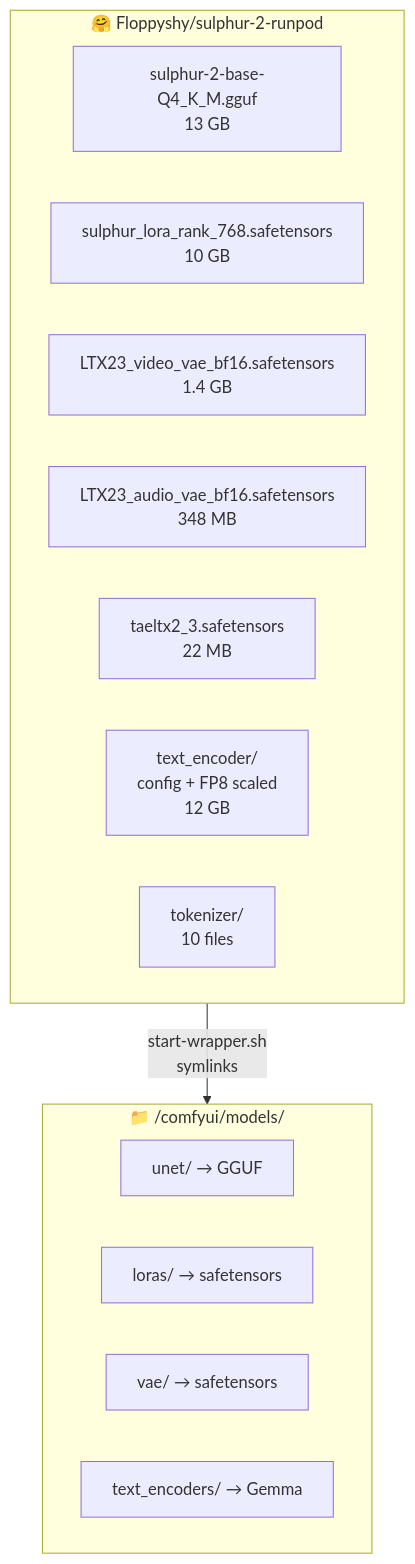
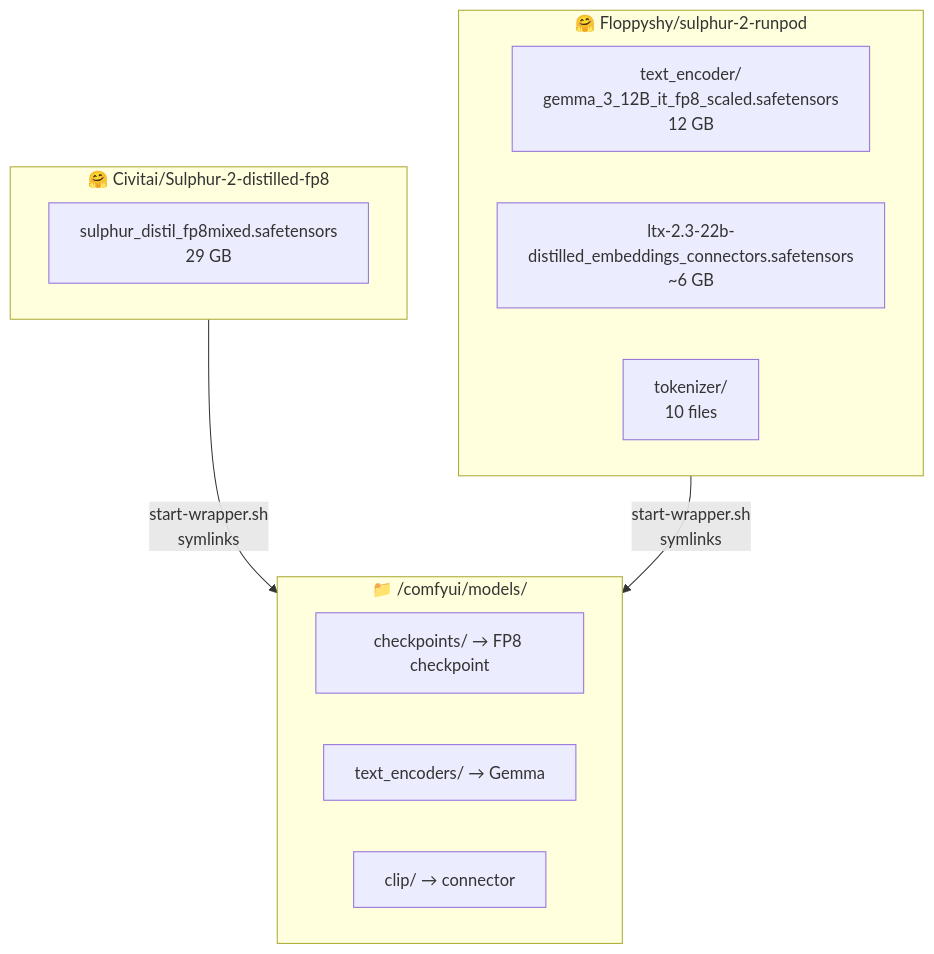
One commit to floppyshy-byte/sulphur-runpod-build changed the fifth of 5 diagrams in WORKFLOW.md. Above: the diagram before and after it, drawn with Mermaid. The commit also changed other lines of this file and 2 other files, not shown here.

````diff
--- a/WORKFLOW.md
+++ b/WORKFLOW.md
@@ -126,23 +127,22 @@
 ```mermaid
 flowchart TB
-    subgraph HFRepo["🤗 Floppyshy/sulphur-2-runpod"]
-        direction LR
-        U[sulphur-2-base-Q4_K_M.gguf<br/>13 GB]
-        L[sulphur_lora_rank_768.safetensors<br/>10 GB]
-        VV[LTX23_video_vae_bf16.safetensors<br/>1.4 GB]
-        AV[LTX23_audio_vae_bf16.safetensors<br/>348 MB]
-        TV[taeltx2_3.safetensors<br/>22 MB]
-        TE[text_encoder/<br/>config + FP8 scaled<br/>12 GB]
+    subgraph HFRepo1["🤗 Civitai/Sulphur-2-distilled-fp8"]
+        C[sulphur_distil_fp8mixed.safetensors<br/>29 GB]
+    end
+
+    subgraph HFRepo2["🤗 Floppyshy/sulphur-2-runpod"]
+        TE[text_encoder/<br/>gemma_3_12B_it_fp8_scaled.safetensors<br/>12 GB]
+        CN[ltx-2.3-22b-distilled_embeddings_connectors.safetensors<br/>~6 GB]
         TK[tokenizer/<br/>10 files]
     end
 
     subgraph ComfyDir["📁 /comfyui/models/"]
         direction LR
-        MU[unet/ → GGUF]
-        ML[loras/ → safetensors]
-        MV[vae/ → safetensors]
+        MC[checkpoints/ → FP8 checkpoint]
         MT[text_encoders/ → Gemma]
+        MCL[clip/ → connector]
     end
 
-    HFRepo -->|"start-wrapper.sh<br/>symlinks"| ComfyDir
+    HFRepo1 -->|"start-wrapper.sh<br/>symlinks"| ComfyDir
+    HFRepo2 -->|"start-wrapper.sh<br/>symlinks"| ComfyDir
 ```
````
